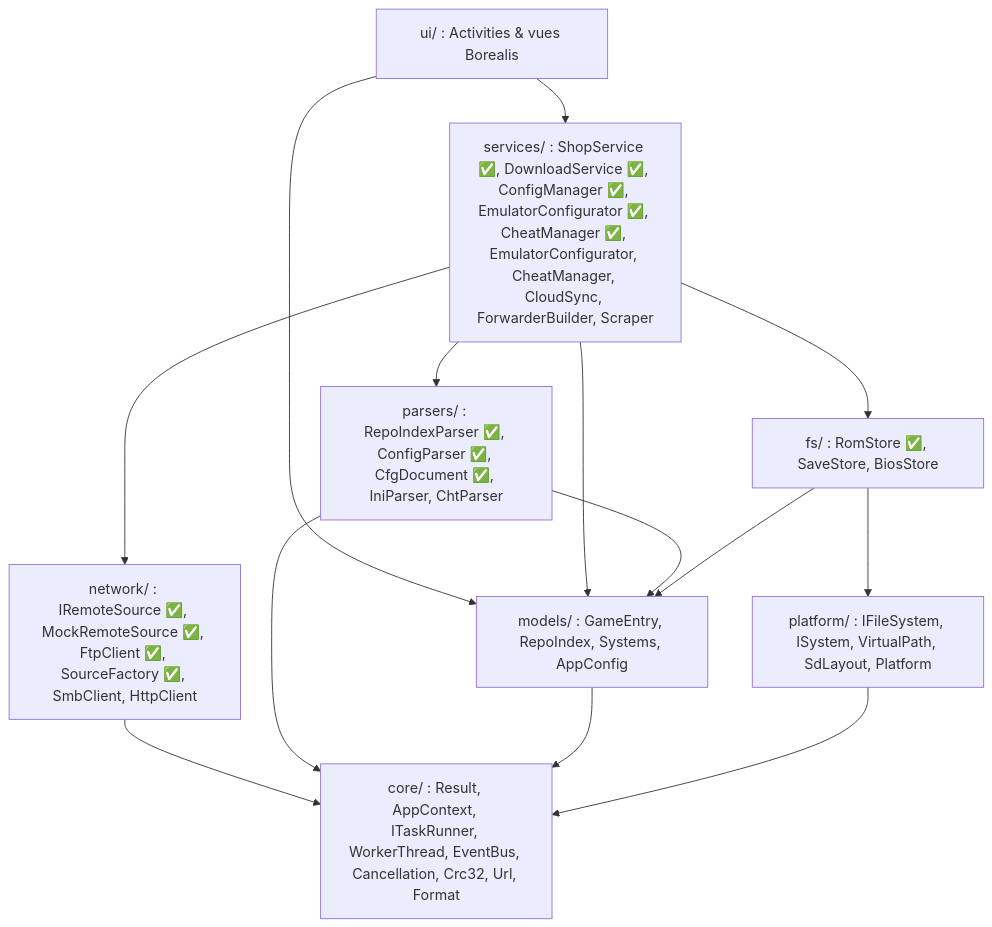
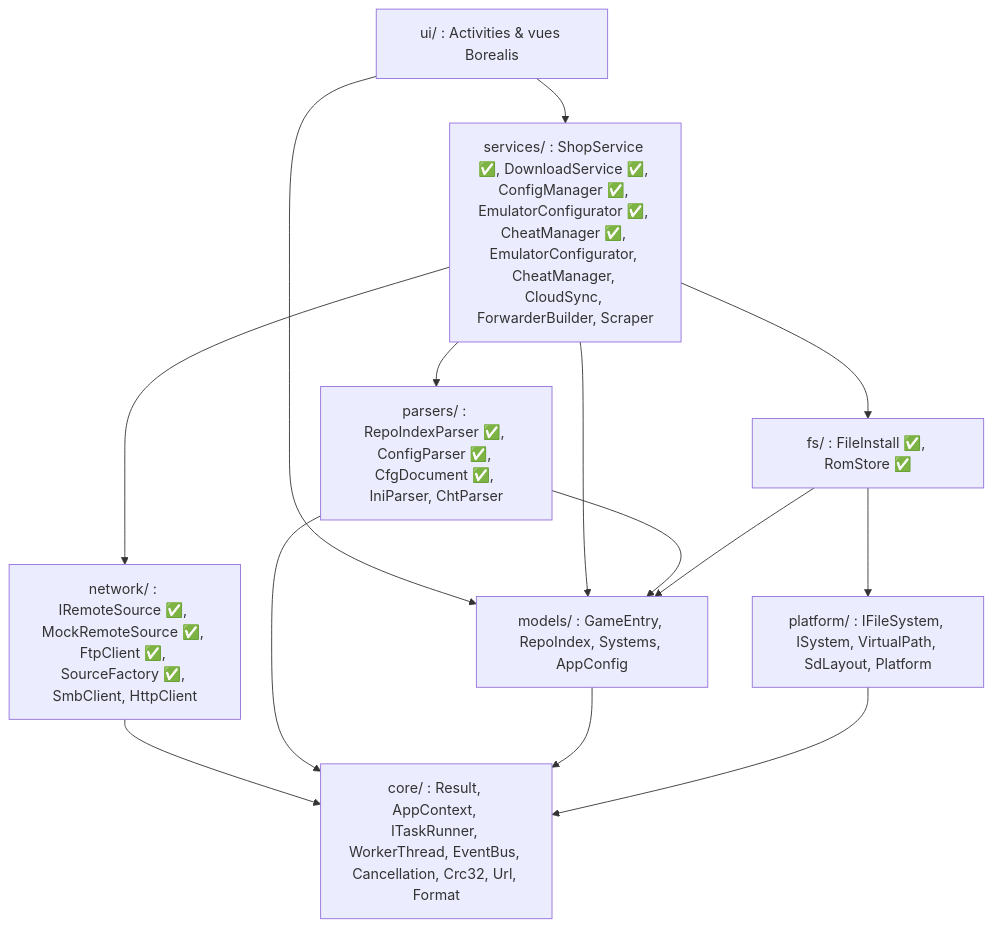
The first of 4 diagrams in retromanager/ARCHITECTURE.md (leo3438/my_little_shop_discord.py), drawn with Mermaid before and after one commit. The commit also changed other lines of this file and 3 other files, not shown here.

````diff
--- a/retromanager/ARCHITECTURE.md
+++ b/retromanager/ARCHITECTURE.md
@@ -31,25 +31,25 @@
 ```mermaid
 graph TD
     UI["ui/ : Activities & vues Borealis"]
     SVC["services/ : ShopService ✅, DownloadService ✅, ConfigManager ✅, EmulatorConfigurator ✅, CheatManager ✅, EmulatorConfigurator, CheatManager, CloudSync, ForwarderBuilder, Scraper"]
     PARSE["parsers/ : RepoIndexParser ✅, ConfigParser ✅, CfgDocument ✅, IniParser, ChtParser"]
-    FS["fs/ : RomStore ✅, SaveStore, BiosStore"]
+    FS["fs/ : FileInstall ✅, RomStore ✅"]
     NET["network/ : IRemoteSource ✅, MockRemoteSource ✅, FtpClient ✅, SourceFactory ✅, SmbClient, HttpClient"]
     PLAT["platform/ : IFileSystem, ISystem, VirtualPath, SdLayout, Platform"]
     CORE["core/ : Result, AppContext, ITaskRunner, WorkerThread, EventBus, Cancellation, Crc32, Url, Format"]
     MODELS["models/ : GameEntry, RepoIndex, Systems, AppConfig"]
 
     UI --> SVC
     UI --> MODELS
     SVC --> MODELS
     PARSE --> MODELS
     SVC --> PARSE
     SVC --> FS
     SVC --> NET
     FS --> PLAT
     FS --> MODELS
     NET --> CORE
     PARSE --> CORE
     MODELS --> CORE
     PLAT --> CORE
 ```
````
